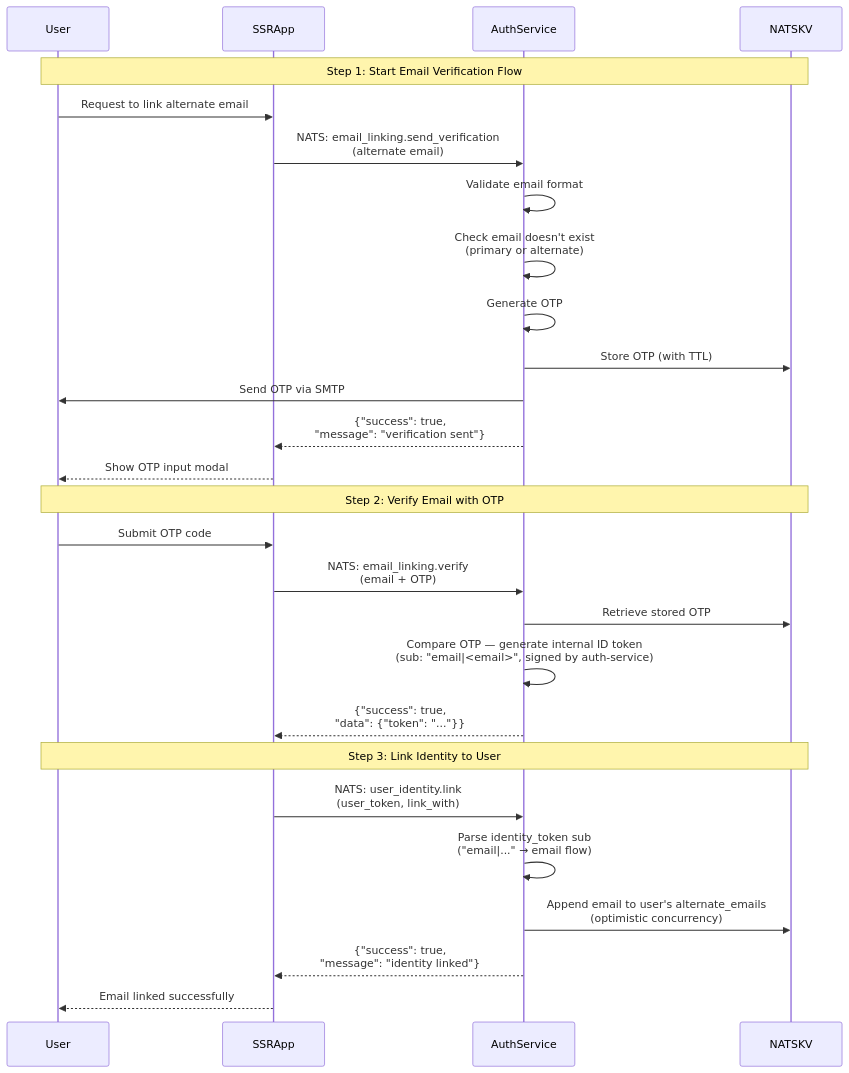
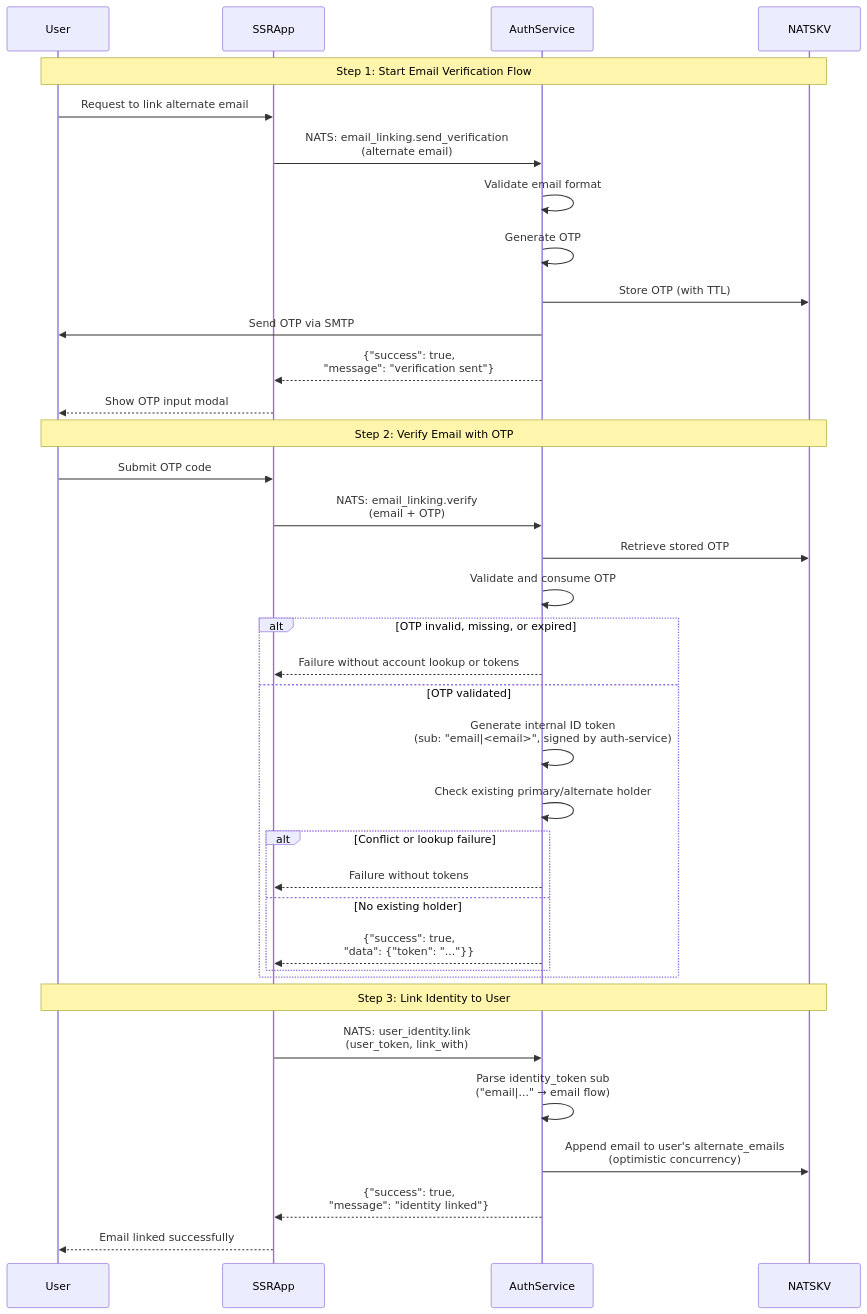
Before and after one commit to linuxfoundation/lfx-v2-auth-service: the second of 2 diagrams in docs/subjects/email_verification.md, drawn with Mermaid. The commit also changed other lines of this file and 7 other files, not shown here.

First line of the commit message:
fix(email): check linked state after OTP proof (lfx-self-serve-ops#504)

````diff
--- a/docs/subjects/email_verification.md
+++ b/docs/subjects/email_verification.md
@@ -56,38 +64,47 @@
 ```mermaid
 sequenceDiagram
     participant User
     participant SSRApp
     participant AuthService
     participant NATSKV
 
     Note over User,NATSKV: Step 1: Start Email Verification Flow
 
     User->>SSRApp: Request to link alternate email
     SSRApp->>AuthService: NATS: email_linking.send_verification<br/>(alternate email)
 
     AuthService->>AuthService: Validate email format
-    AuthService->>AuthService: Check email doesn't exist<br/>(primary or alternate)
 
     AuthService->>AuthService: Generate OTP
     AuthService->>NATSKV: Store OTP (with TTL)
     AuthService->>User: Send OTP via SMTP
     AuthService-->>SSRApp: {"success": true,<br/>"message": "verification sent"}
     SSRApp-->>User: Show OTP input modal
 
     Note over User,NATSKV: Step 2: Verify Email with OTP
 
     User->>SSRApp: Submit OTP code
     SSRApp->>AuthService: NATS: email_linking.verify<br/>(email + OTP)
 
     AuthService->>NATSKV: Retrieve stored OTP
-    AuthService->>AuthService: Compare OTP — generate internal ID token<br/>(sub: "email|<email>", signed by auth-service)
-    AuthService-->>SSRApp: {"success": true,<br/>"data": {"token": "..."}}
+    AuthService->>AuthService: Validate and consume OTP
+    alt OTP invalid, missing, or expired
+        AuthService-->>SSRApp: Failure without account lookup or tokens
+    else OTP validated
+        AuthService->>AuthService: Generate internal ID token<br/>(sub: "email|<email>", signed by auth-service)
+        AuthService->>AuthService: Check existing primary/alternate holder
+        alt Conflict or lookup failure
+            AuthService-->>SSRApp: Failure without tokens
+        else No existing holder
+            AuthService-->>SSRApp: {"success": true,<br/>"data": {"token": "..."}}
+        end
+    end
 
     Note over User,NATSKV: Step 3: Link Identity to User
 
     SSRApp->>AuthService: NATS: user_identity.link<br/>(user_token, link_with)
     AuthService->>AuthService: Parse identity_token sub<br/>("email|..." → email flow)
     AuthService->>NATSKV: Append email to user's alternate_emails<br/>(optimistic concurrency)
     AuthService-->>SSRApp: {"success": true,<br/>"message": "identity linked"}
     SSRApp-->>User: Email linked successfully
 ```
````
